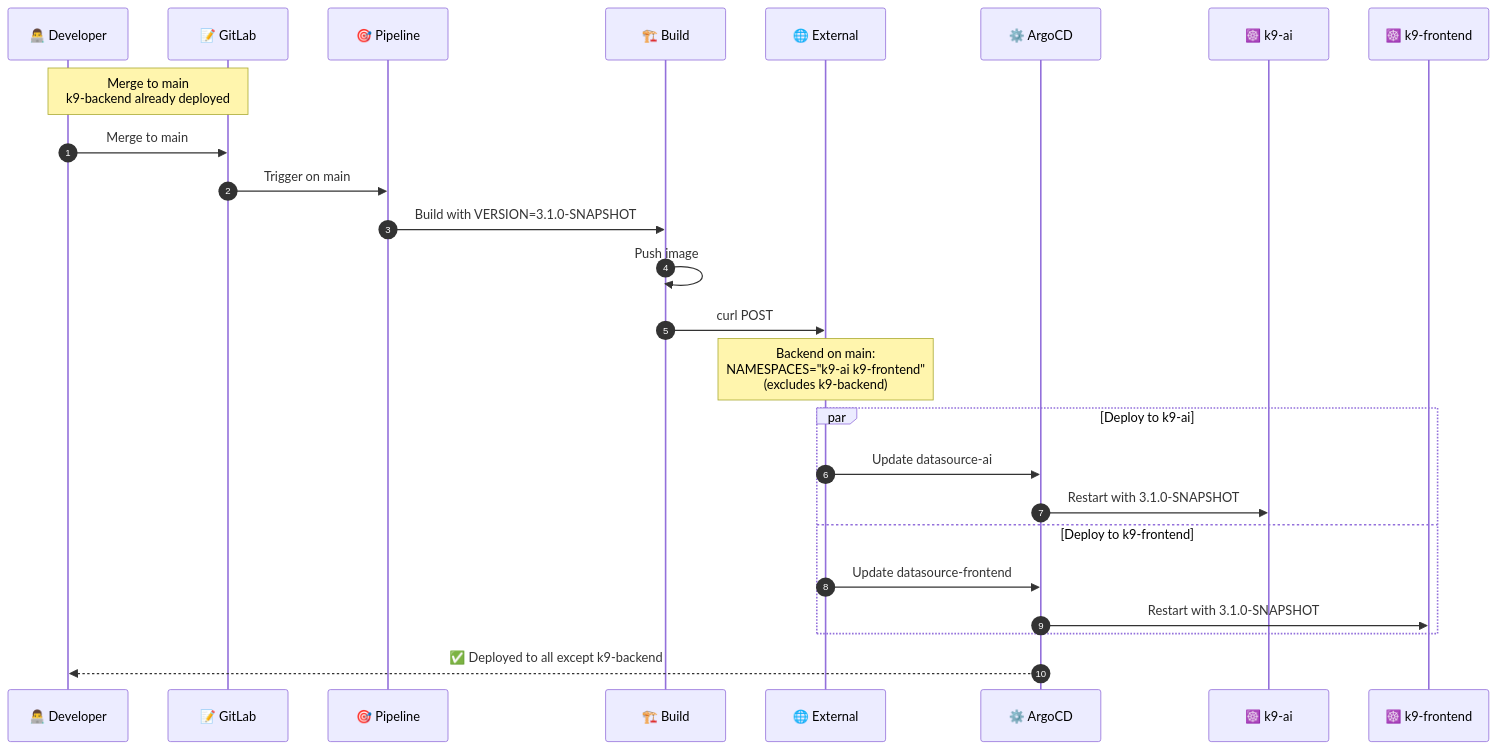
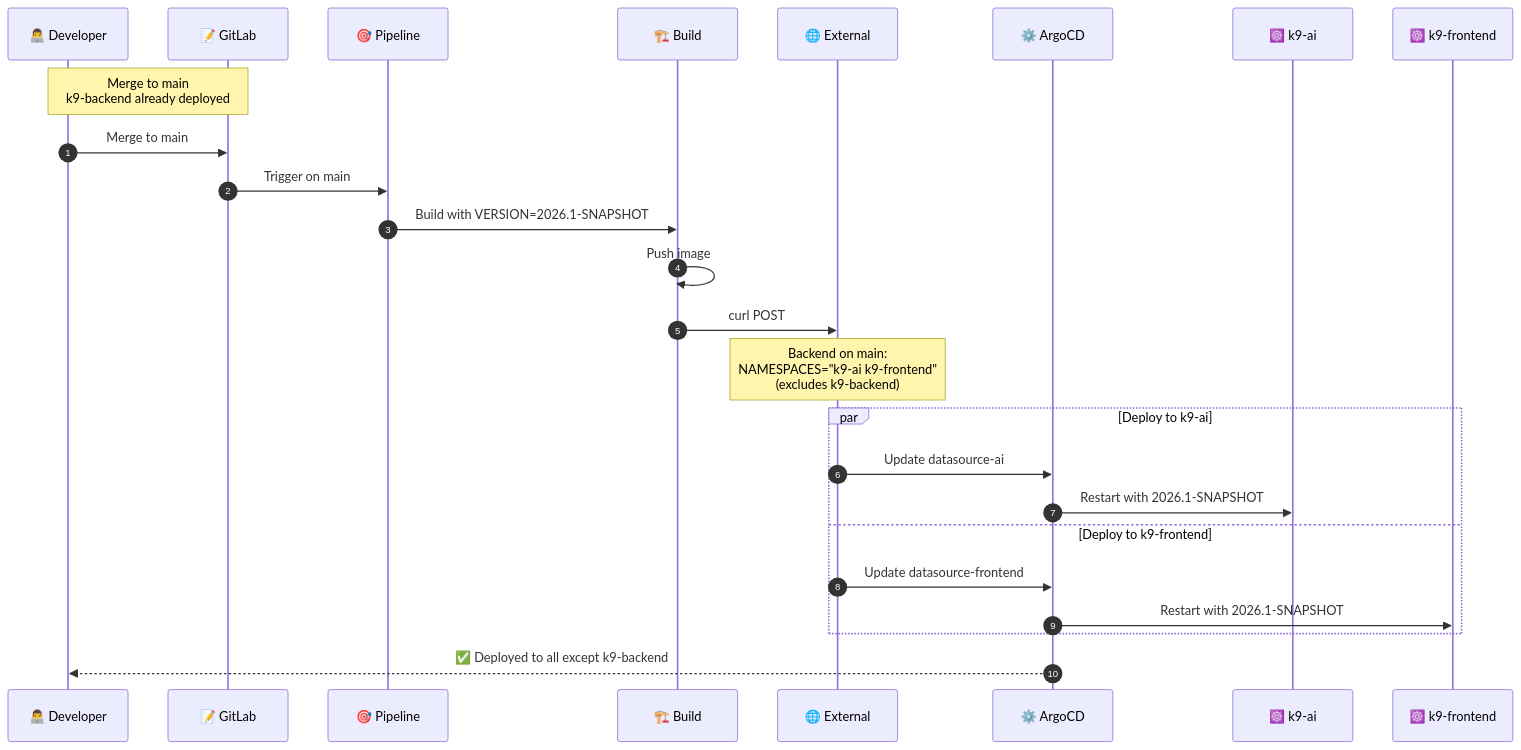
One commit to smclab/openk9 changed the sixth of 7 diagrams in .gitlab/README.md. Above: the diagram before and after it, drawn with Mermaid. The commit also changed 83 other files, not shown here.

````diff
--- a/.gitlab/README.md
+++ b/.gitlab/README.md
@@ -382,32 +382,32 @@
 ```mermaid
 sequenceDiagram
     autonumber
     participant Dev as 👨‍💻 Developer
     participant Git as 📝 GitLab
     participant Pipeline as 🎯 Pipeline
     participant Build as 🏗️ Build
     participant External as 🌐 External
     participant ArgoCD as ⚙️ ArgoCD
     participant AI as ☸️ k9-ai
     participant FE as ☸️ k9-frontend
     
     Note over Dev,Git: Merge to main<br/>k9-backend already deployed
     
     Dev->>Git: Merge to main
     Git->>Pipeline: Trigger on main
-    Pipeline->>Build: Build with VERSION=3.1.0-SNAPSHOT
+    Pipeline->>Build: Build with VERSION=2026.1-SNAPSHOT
     Build->>Build: Push image
     Build->>External: curl POST
     
     Note over External: Backend on main:<br/>NAMESPACES="k9-ai k9-frontend"<br/>(excludes k9-backend)
     
     par Deploy to k9-ai
         External->>ArgoCD: Update datasource-ai
-        ArgoCD->>AI: Restart with 3.1.0-SNAPSHOT
+        ArgoCD->>AI: Restart with 2026.1-SNAPSHOT
     and Deploy to k9-frontend
         External->>ArgoCD: Update datasource-frontend
-        ArgoCD->>FE: Restart with 3.1.0-SNAPSHOT
+        ArgoCD->>FE: Restart with 2026.1-SNAPSHOT
     end
     
     ArgoCD-->>Dev: ✅ Deployed to all except k9-backend
 ```
````
